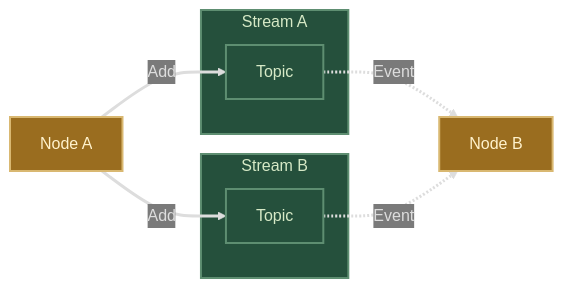
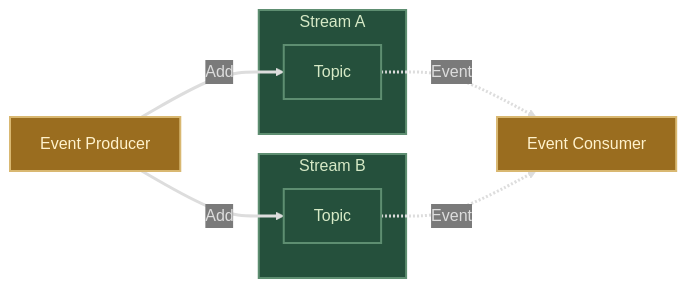
One commit to goadesign/pulse changed the second of 3 diagrams in README.md. Above: the diagram before and after it, drawn with Mermaid. The commit also changed other lines of this file and 2 other files, not shown here.

````diff
--- a/README.md
+++ b/README.md
@@ -41,27 +39,27 @@
 ```mermaid
 %%{init: {'themeVariables': { 'edgeLabelBackground': '#7A7A7A'}}}%%
 flowchart LR
-    A[Node A]
+    A[Event Producer]
     subgraph SA[Stream A]
         TA[Topic]
     end
     subgraph SB[Stream B]
         TB[Topic]
     end
-    B[Node B]
+    B[Event Consumer]
     A-->|Add|TA
     A-->|Add|TB
     TA-.->|Event|B
     TB-.->|Event|B
 
     classDef userCode fill:#9A6D1F, stroke:#D9B871, stroke-width:2px, color:#FFF2CC;
     classDef ponos fill:#25503C, stroke:#5E8E71, stroke-width:2px, color:#D6E9C6;
 
     class A,B userCode;
     class SA,SB,TA,TB ponos;
 
     linkStyle 0 stroke:#DDDDDD,color:#DDDDDD,stroke-width:3px;
     linkStyle 1 stroke:#DDDDDD,color:#DDDDDD,stroke-width:3px;
     linkStyle 2 stroke:#DDDDDD,color:#DDDDDD,stroke-width:3px;
     linkStyle 3 stroke:#DDDDDD,color:#DDDDDD,stroke-width:3px;
 ```
````
